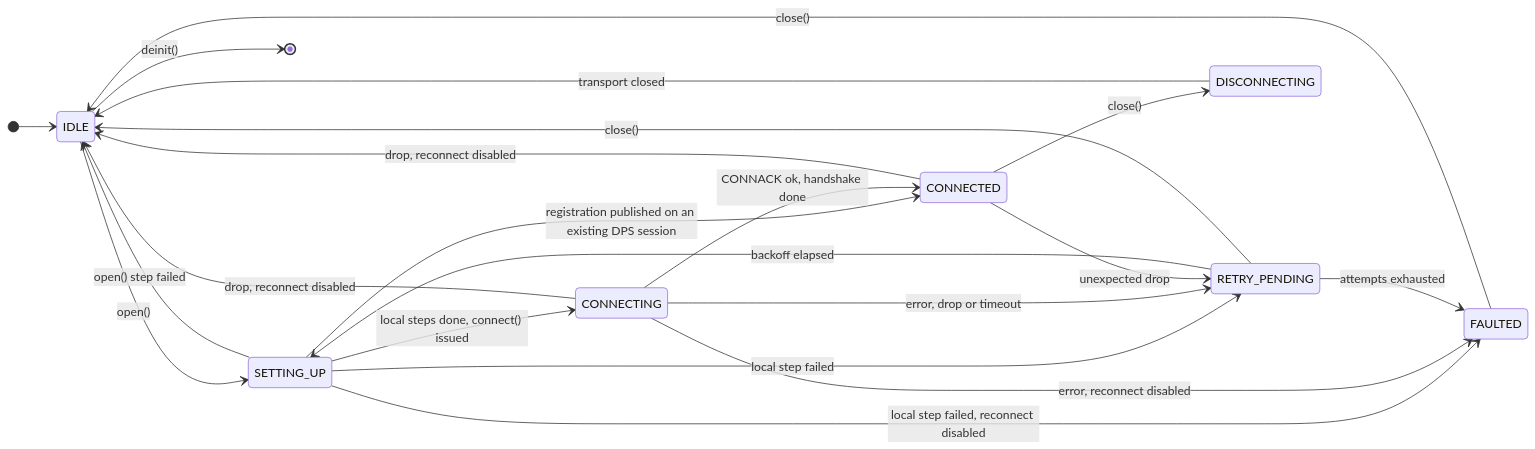
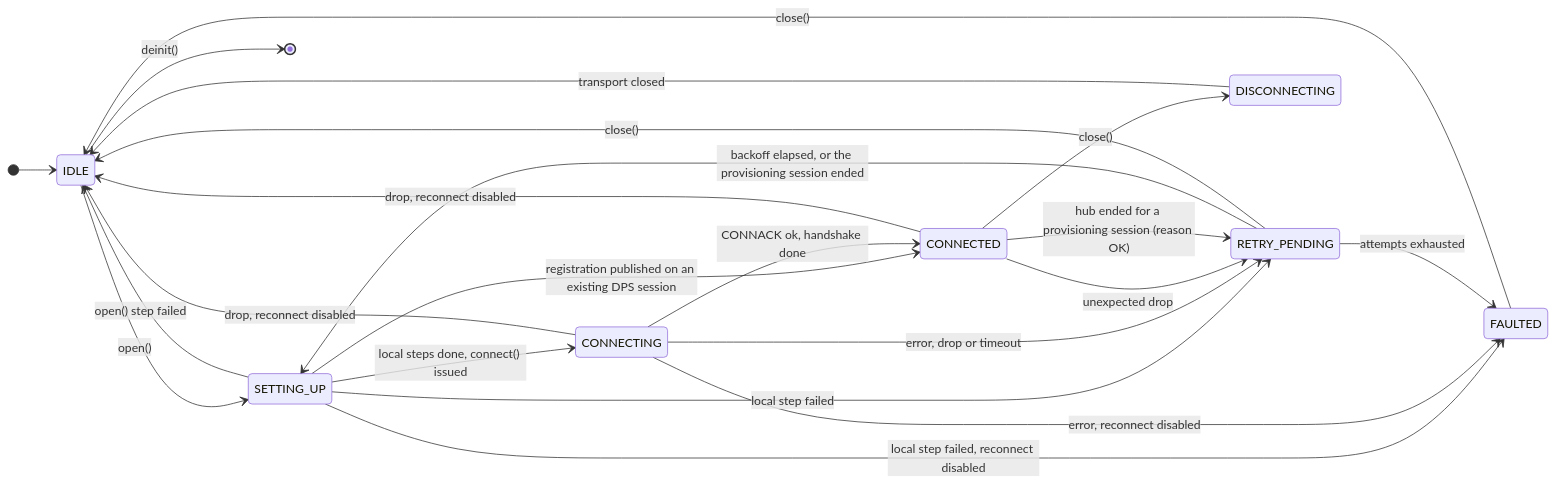
One commit to Azure/azure-iot-sdk changed the first of 9 diagrams in c/docs/eng/connection-c.md. Above: the diagram before and after it, drawn with Mermaid. The commit also changed other lines of this file and 23 other files, not shown here.

````diff
--- a/c/docs/eng/connection-c.md
+++ b/c/docs/eng/connection-c.md
@@ -55,24 +55,25 @@
 ```mermaid
 stateDiagram-v2
     direction LR
     [*] --> IDLE
     IDLE --> SETTING_UP: open()
     SETTING_UP --> CONNECTING: local steps done, connect() issued
     SETTING_UP --> CONNECTED: registration published on an existing DPS session
     SETTING_UP --> RETRY_PENDING: local step failed
     SETTING_UP --> FAULTED: local step failed, reconnect disabled
     SETTING_UP --> IDLE: open() step failed
     CONNECTING --> CONNECTED: CONNACK ok, handshake done
     CONNECTING --> RETRY_PENDING: error, drop or timeout
     CONNECTING --> FAULTED: error, reconnect disabled
     CONNECTING --> IDLE: drop, reconnect disabled
     CONNECTED --> RETRY_PENDING: unexpected drop
     CONNECTED --> IDLE: drop, reconnect disabled
     CONNECTED --> DISCONNECTING: close()
-    RETRY_PENDING --> SETTING_UP: backoff elapsed
+    CONNECTED --> RETRY_PENDING: hub ended for a provisioning session (reason OK)
+    RETRY_PENDING --> SETTING_UP: backoff elapsed, or the provisioning session ended
     RETRY_PENDING --> FAULTED: attempts exhausted
     RETRY_PENDING --> IDLE: close()
     DISCONNECTING --> IDLE: transport closed
     FAULTED --> IDLE: close()
     IDLE --> [*]: deinit()
 ```
````
